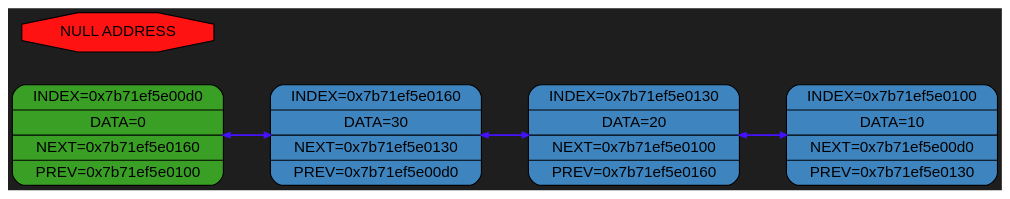
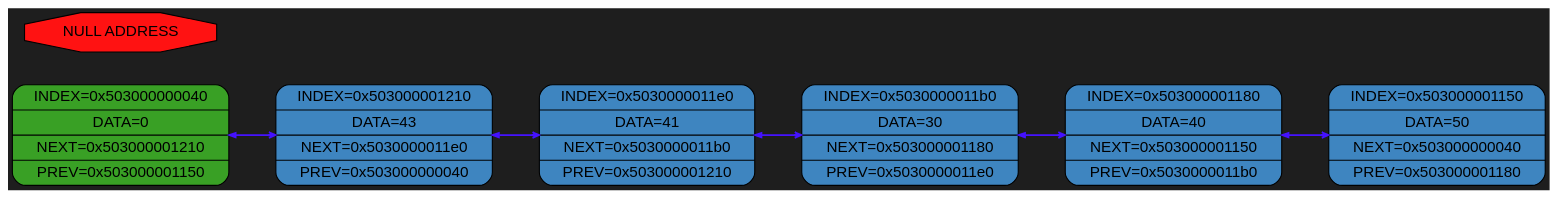
Before and after one commit to Kabuto-Mainer/SOFT_PROCESSOR: the diagram in LIST-COMMON/graph.dot, drawn with Graphviz. The commit also changed 42 other files, not shown here.

```diff
--- a/LIST-COMMON/graph.dot
+++ b/LIST-COMMON/graph.dot
@@ -1,16 +1,20 @@
 digraph {
   rankdir=LR;
   bgcolor="#1e1e1e"  nodesep=0.4;
   ranksep=0.6;
   node [shape=Mrecord, style=filled, fontname="Helvetica"];
   edge [arrowhead=vee, arrowsize=0.6, penwidth=1.2];
 
-block1 [label="INDEX=0x7b71ef5e0160|DATA=30|NEXT=0x7b71ef5e0130|PREV=0x7b71ef5e00d0", fillcolor="#3e85c0ff"];
-block2 [label="INDEX=0x7b71ef5e0130|DATA=20|NEXT=0x7b71ef5e0100|PREV=0x7b71ef5e0160", fillcolor="#3e85c0ff"];
-block3 [label="INDEX=0x7b71ef5e0100|DATA=10|NEXT=0x7b71ef5e00d0|PREV=0x7b71ef5e0130", fillcolor="#3e85c0ff"];
-block0 [label="INDEX=0x7b71ef5e00d0|DATA=0|NEXT=0x7b71ef5e0160|PREV=0x7b71ef5e0100", fillcolor="#39a025ff"];
+block1 [label="INDEX=0x503000001210|DATA=43|NEXT=0x5030000011e0|PREV=0x503000000040", fillcolor="#3e85c0ff"];
+block2 [label="INDEX=0x5030000011e0|DATA=41|NEXT=0x5030000011b0|PREV=0x503000001210", fillcolor="#3e85c0ff"];
+block3 [label="INDEX=0x5030000011b0|DATA=30|NEXT=0x503000001180|PREV=0x5030000011e0", fillcolor="#3e85c0ff"];
+block4 [label="INDEX=0x503000001180|DATA=40|NEXT=0x503000001150|PREV=0x5030000011b0", fillcolor="#3e85c0ff"];
+block5 [label="INDEX=0x503000001150|DATA=50|NEXT=0x503000000040|PREV=0x503000001180", fillcolor="#3e85c0ff"];
+block0 [label="INDEX=0x503000000040|DATA=0|NEXT=0x503000001210|PREV=0x503000001150", fillcolor="#39a025ff"];
 NULL [label="NULL ADDRESS", shape=octagon, fillcolor="#ff1212ff"];
 block0 -> block1 [color="#4512ffff", penwidth=1.5, arrowsize=0.6, constraint=true, dir=both];
 block1 -> block2 [color="#4512ffff", penwidth=1.5, arrowsize=0.6, constraint=true, dir=both];
 block2 -> block3 [color="#4512ffff", penwidth=1.5, arrowsize=0.6, constraint=true, dir=both];
+block3 -> block4 [color="#4512ffff", penwidth=1.5, arrowsize=0.6, constraint=true, dir=both];
+block4 -> block5 [color="#4512ffff", penwidth=1.5, arrowsize=0.6, constraint=true, dir=both];
 }
```
